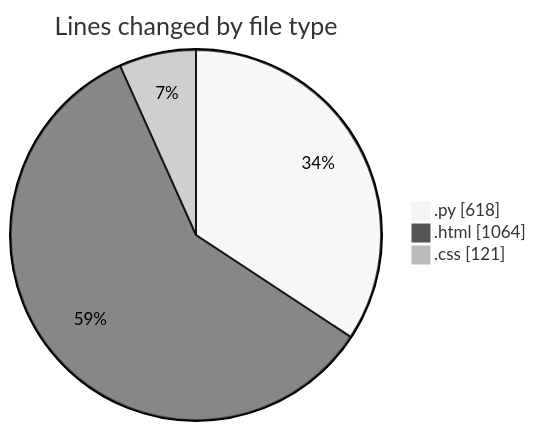
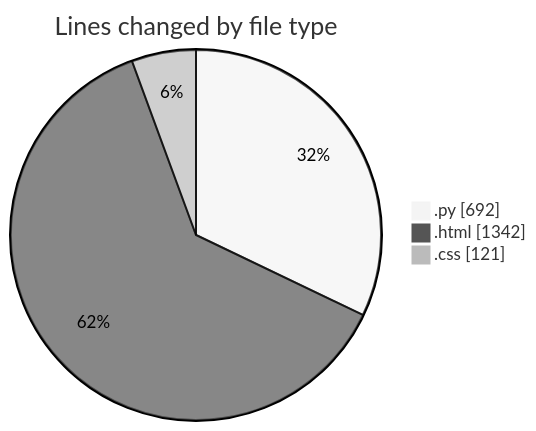
One commit to Elitesun/code-tracking changed the first of 2 diagrams in 2025-01-31/flask/README.md. Above: the diagram before and after it, drawn with Mermaid (neutral theme). The commit also changed other lines of this file and 1 other file, not shown here.

````diff
--- a/2025-01-31/flask/README.md
+++ b/2025-01-31/flask/README.md
@@ -25,7 +25,7 @@
 ```mermaid
 pie showData
 title Lines changed by file type
-".py" : 618
-".html" : 1064
+".py" : 692
+".html" : 1342
 ".css" : 121
 ```
````
